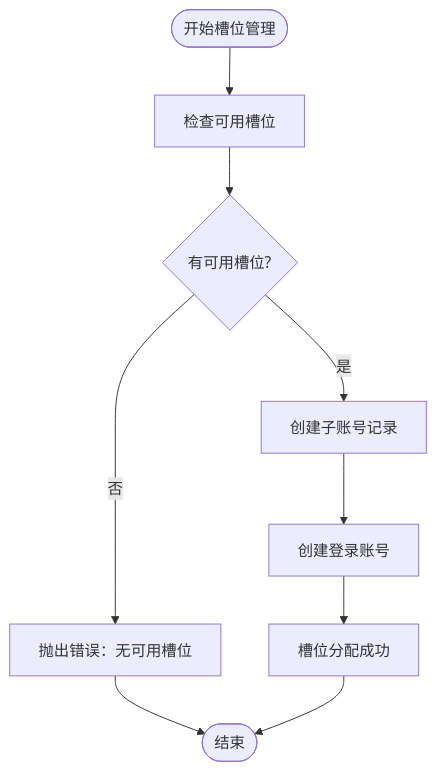
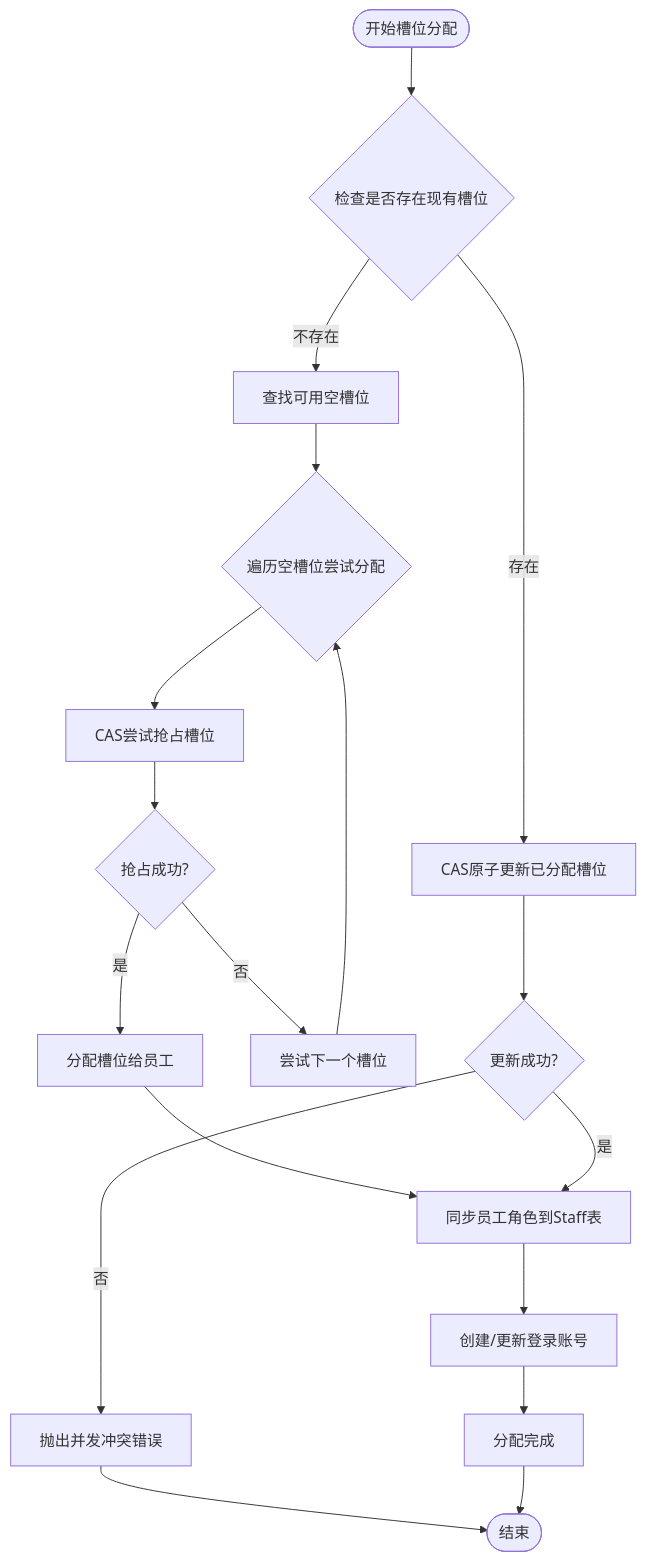
The fourth of 9 diagrams in .qoder/repowiki/zh/content/业务模块/员工管理模块/员工管理模块.md (rc558620/purelyprofit-server), drawn with Mermaid before and after one commit. The commit also changed other lines of this file and 80 other files, not shown here.

````diff
--- a/.qoder/repowiki/zh/content/业务模块/员工管理模块/员工管理模块.md
+++ b/.qoder/repowiki/zh/content/业务模块/员工管理模块/员工管理模块.md
@@ -232,11 +234,20 @@
 ```mermaid
 flowchart TD
-Start(["开始槽位管理"]) --> CheckSlot["检查可用槽位"]
-CheckSlot --> Assign{"有可用槽位?"}
-Assign --> |是| CreateSubAccount["创建子账号记录"]
-Assign --> |否| Error["抛出错误：无可用槽位"]
-CreateSubAccount --> CreateLogin["创建登录账号"]
-CreateLogin --> Success["槽位分配成功"]
+Start(["开始槽位分配"]) --> CheckExisting{"检查是否存在现有槽位"}
+CheckExisting --> |存在| CASUpdate["CAS原子更新已分配槽位"]
+CheckExisting --> |不存在| FindEmptySlots["查找可用空槽位"]
+FindEmptySlots --> LoopSlots{"遍历空槽位尝试分配"}
+LoopSlots --> CASAttempt["CAS尝试抢占槽位"]
+CASAttempt --> Success{"抢占成功?"}
+Success --> |是| AssignSlot["分配槽位给员工"]
+Success --> |否| NextSlot["尝试下一个槽位"]
+NextSlot --> LoopSlots
+AssignSlot --> SyncRole["同步员工角色到Staff表"]
+SyncRole --> CreateLogin["创建/更新登录账号"]
+CreateLogin --> Complete["分配完成"]
+CASUpdate --> UpdateSuccess{"更新成功?"}
+UpdateSuccess --> |是| SyncRole
+UpdateSuccess --> |否| Error["抛出并发冲突错误"]
 Error --> End(["结束"])
-Success --> End
+Complete --> End
 ```
````
